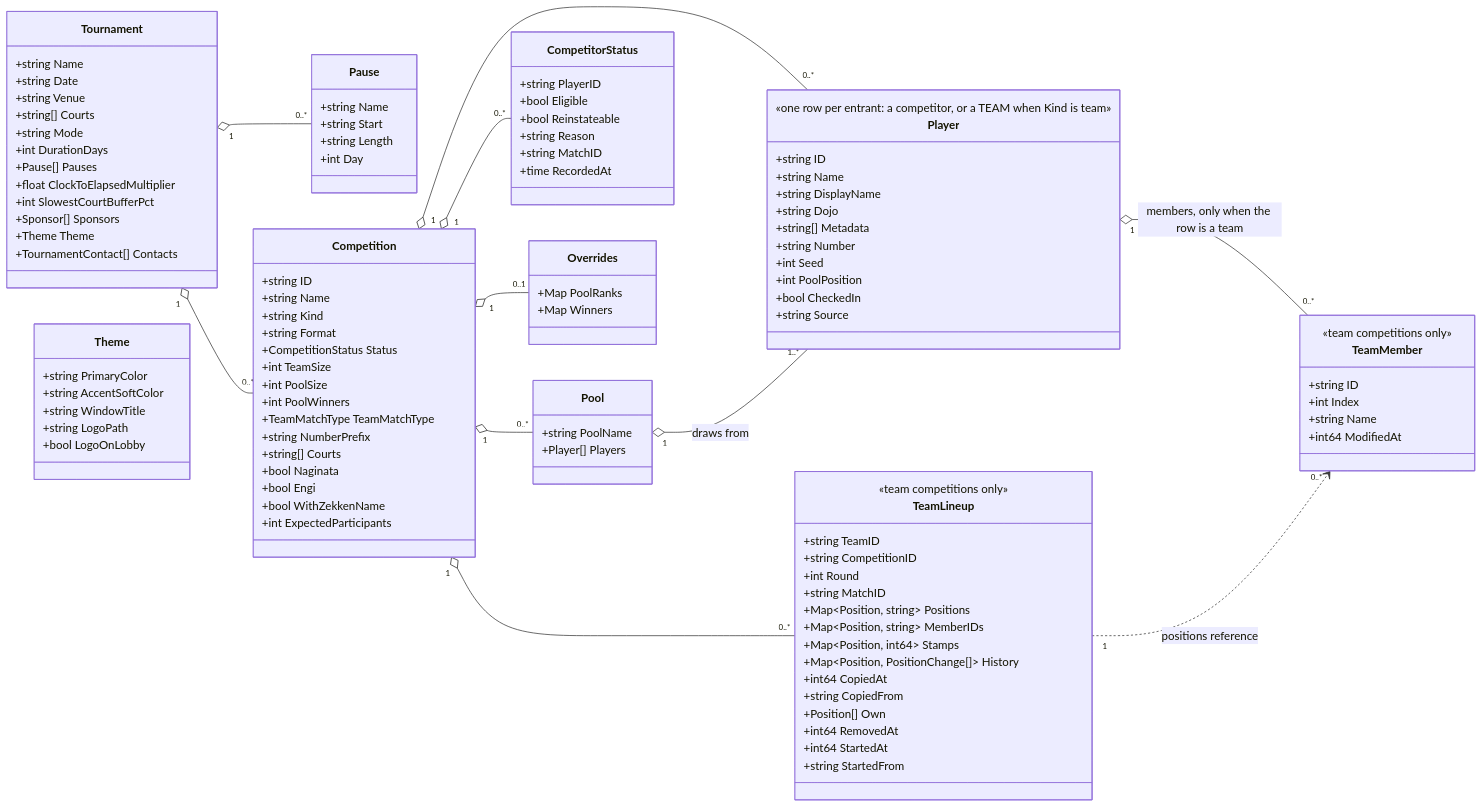
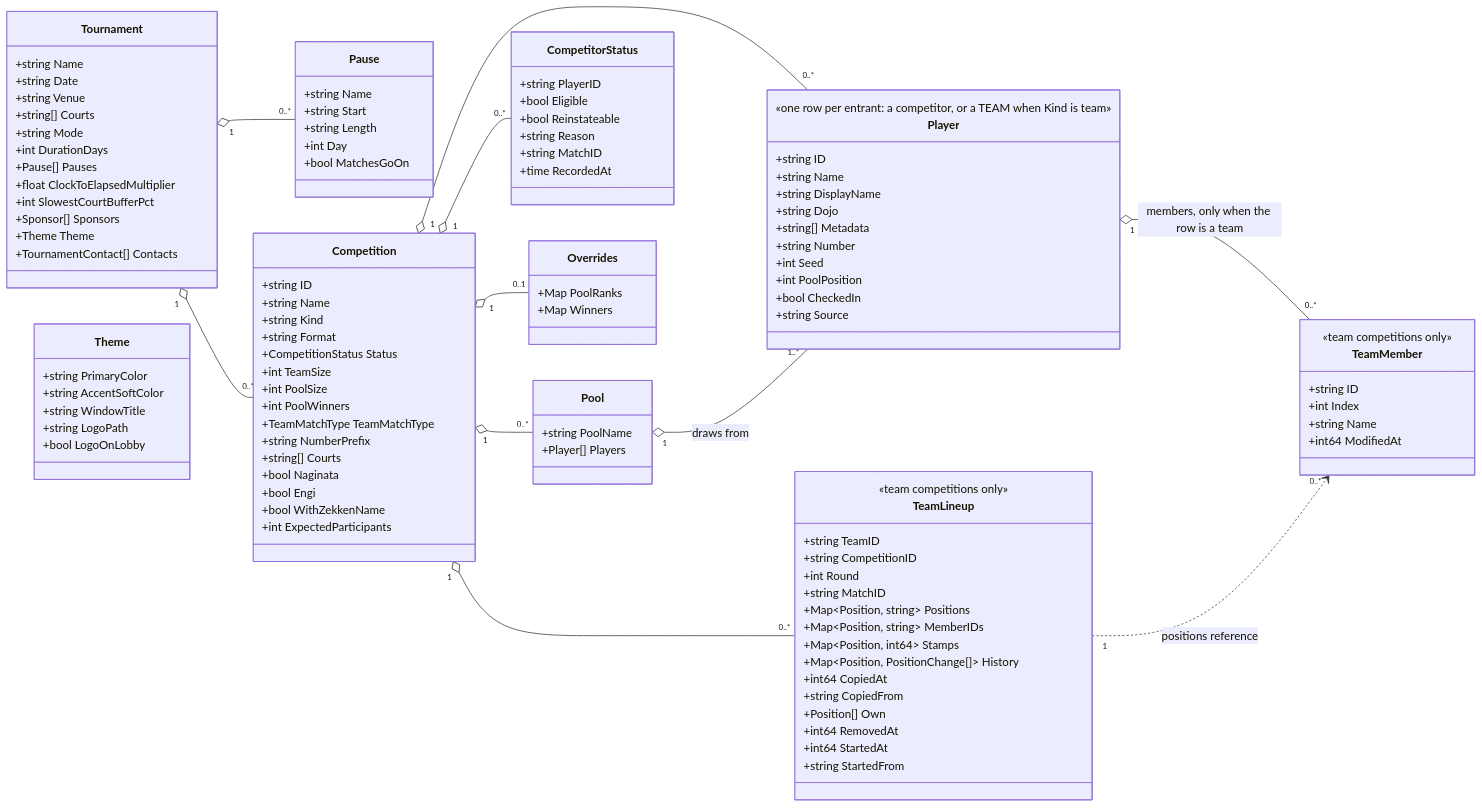
Before and after one commit to gitrgoliveira/bracket-creator: the first of 4 diagrams in docs/architecture/data-model.md, drawn with Mermaid. The commit also changed other lines of this file and 24 other files, not shown here.

```diff
--- a/docs/architecture/data-model.md
+++ b/docs/architecture/data-model.md
@@ -64,6 +64,7 @@
         +string Start
         +string Length
         +int Day
+        +bool MatchesGoOn
     }
 
     class Theme {
```
